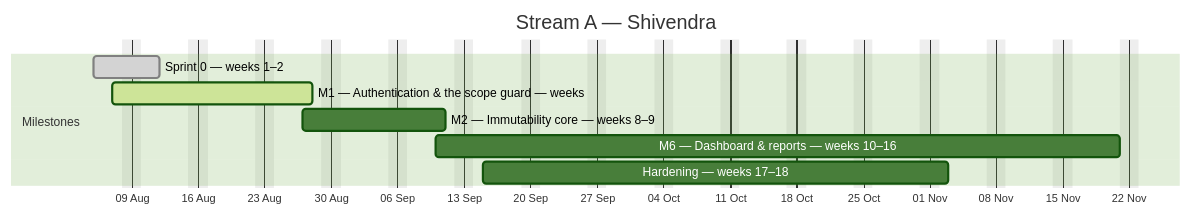
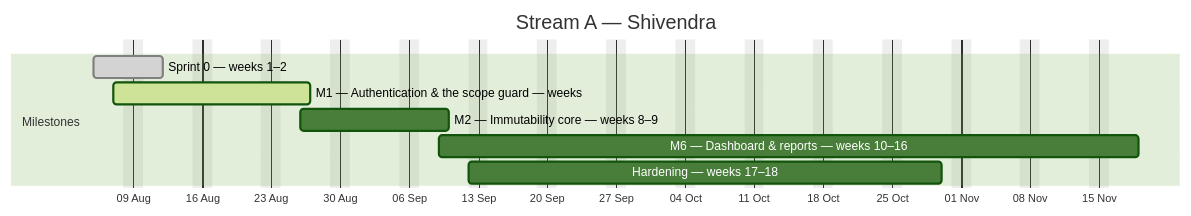
One commit to debashisedunext/EduTrack changed the first of 4 diagrams in docs/plan/GANTT.md. Above: the diagram before and after it, drawn with Mermaid (forest theme). The commit also changed other lines of this file and 9 other files, not shown here.

````diff
--- a/docs/plan/GANTT.md
+++ b/docs/plan/GANTT.md
@@ -123,13 +127,13 @@
 ```mermaid
 gantt
     dateFormat YYYY-MM-DD
     axisFormat %d %b
     title Stream A — Shivendra
     excludes weekends
     section Milestones
     Sprint 0 — weeks 1–2 :done, a0, 2026-08-05, 5d
-    M1 — Authentication & the scope guard — weeks :active, a1, 2026-08-07, 15d
-    M2 — Immutability core — weeks 8–9 :a2, 2026-08-27, 11d
-    M6 — Dashboard & reports — weeks 10–16 :a3, 2026-09-10, 52d
-    Hardening — weeks 17–18 :a4, 2026-09-15, 35d
+    M1 — Authentication & the scope guard — weeks :active, a1, 2026-08-07, 14d
+    M2 — Immutability core — weeks 8–9 :a2, 2026-08-26, 11d
+    M6 — Dashboard & reports — weeks 10–16 :a3, 2026-09-09, 51d
+    Hardening — weeks 17–18 :a4, 2026-09-12, 35d
 ```
````
